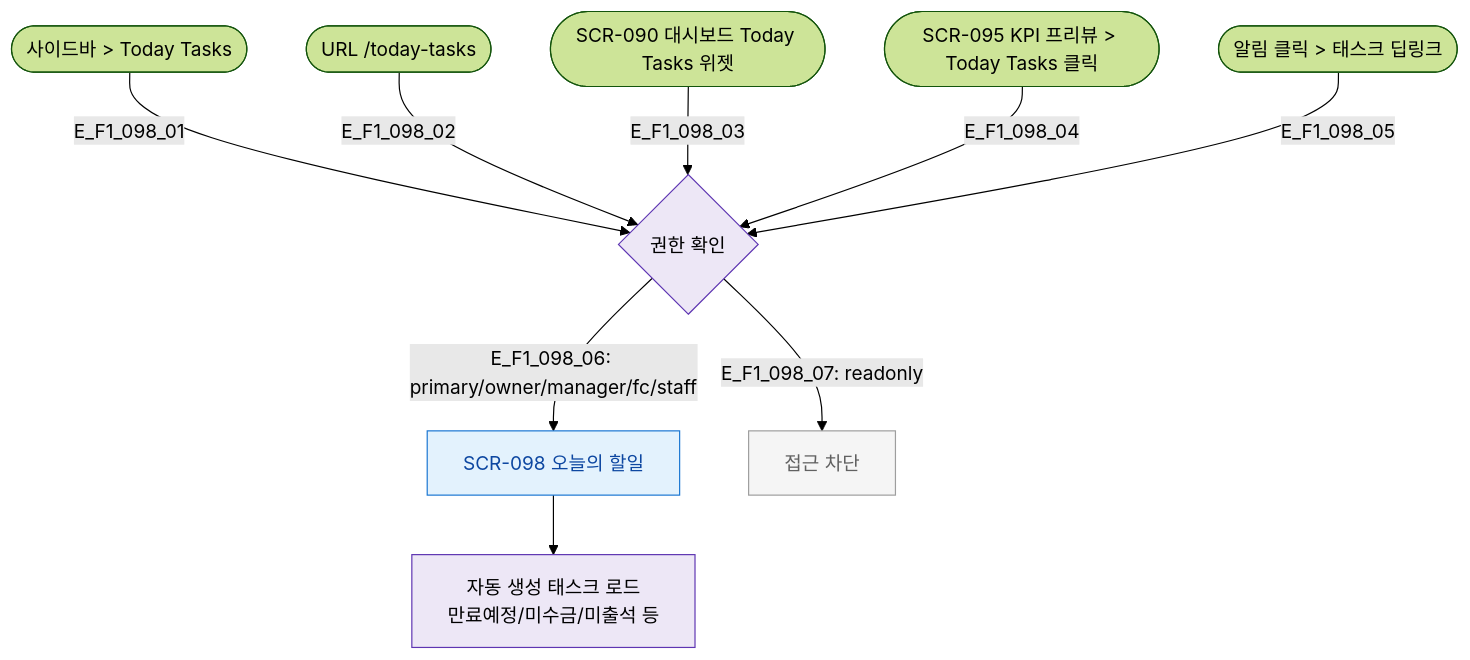
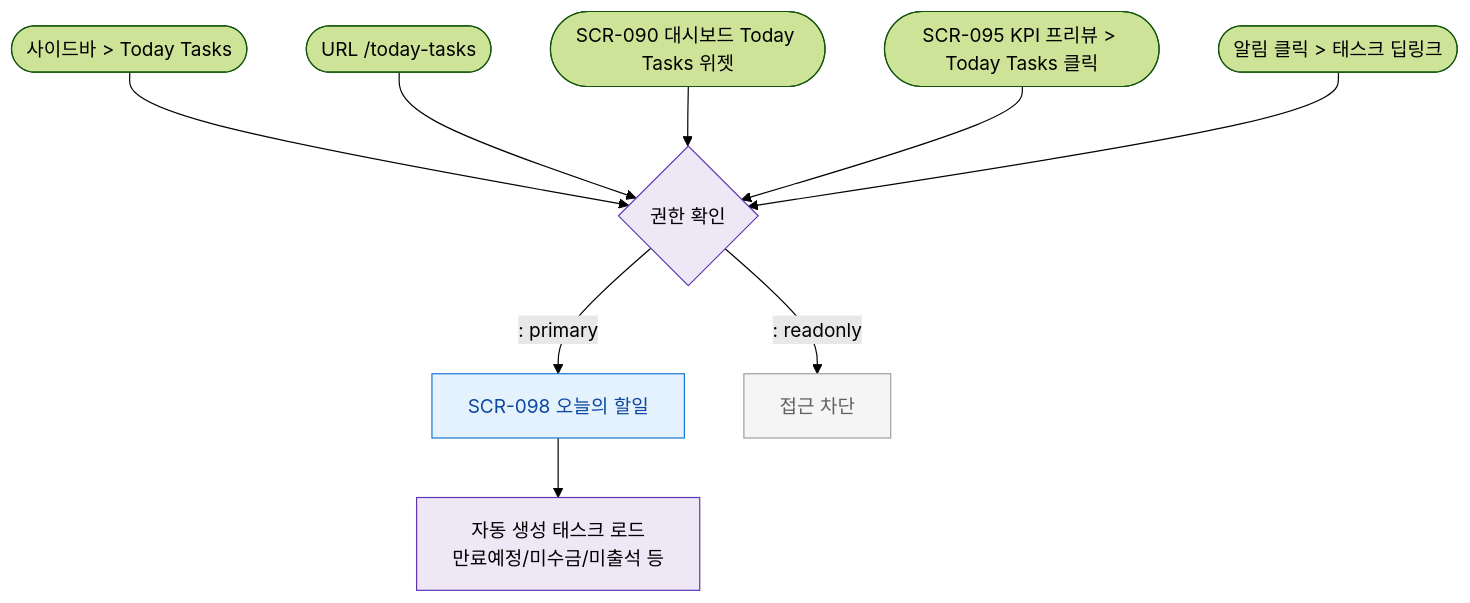
One commit to dev-spogym/admin-pando changed the diagram in docs/다이어그램/D10_본사관리/SCR-098_오늘의할일/F1_진입.md. Above: the diagram before and after it, drawn with Mermaid (forest theme). The commit also changed other lines of this file and 1660 other files, not shown here.

First line of the commit message:
다이어그램: 기획자/클라이언트 납품본으로 정리

````diff
--- a/docs/다이어그램/D10_본사관리/SCR-098_오늘의할일/F1_진입.md
+++ b/docs/다이어그램/D10_본사관리/SCR-098_오늘의할일/F1_진입.md
@@ -14,21 +12,21 @@
 ```mermaid
 flowchart TD
-  E1([사이드바 > Today Tasks]) -->|E_F1_098_01| AuthCheck{권한 확인}
-  E2([URL /today-tasks]) -->|E_F1_098_02| AuthCheck
-  E3([SCR-090 대시보드 Today Tasks 위젯]) -->|E_F1_098_03| AuthCheck
-  E4([SCR-095 KPI 프리뷰 > Today Tasks 클릭]) -->|E_F1_098_04| AuthCheck
-  E5([알림 클릭 > 태스크 딥링크]) -->|E_F1_098_05| AuthCheck
+  E1([사이드바 > Today Tasks]) --> AuthCheck{권한 확인}
+  E2([URL /today-tasks]) --> AuthCheck
+  E3([SCR-090 대시보드 Today Tasks 위젯]) --> AuthCheck
+  E4([SCR-095 KPI 프리뷰 > Today Tasks 클릭]) --> AuthCheck
+  E5([알림 클릭 > 태스크 딥링크]) --> AuthCheck
 
-  AuthCheck -->|"E_F1_098_06: primary/owner/manager/fc/staff"| SCR_098[SCR-098 오늘의 할일]
-  AuthCheck -->|"E_F1_098_07: readonly"| Blocked[접근 차단]
+  AuthCheck -->|": primary"|SCR_098[SCR-098 오늘의 할일]
+  AuthCheck -->|": readonly"|Blocked[접근 차단]
 
   SCR_098 --> AutoGen[자동 생성 태스크 로드\n만료예정/미수금/미출석 등]
 
   classDef screen fill:#E3F2FD,stroke:#1976D2,color:#0D47A1
   classDef system fill:#EDE7F6,stroke:#5E35B2
   classDef rbacBlocked fill:#F5F5F5,stroke:#9E9E9E,color:#616161
 
   class SCR_098 screen
   class AuthCheck,AutoGen system
   class Blocked rbacBlocked
 ```
````
